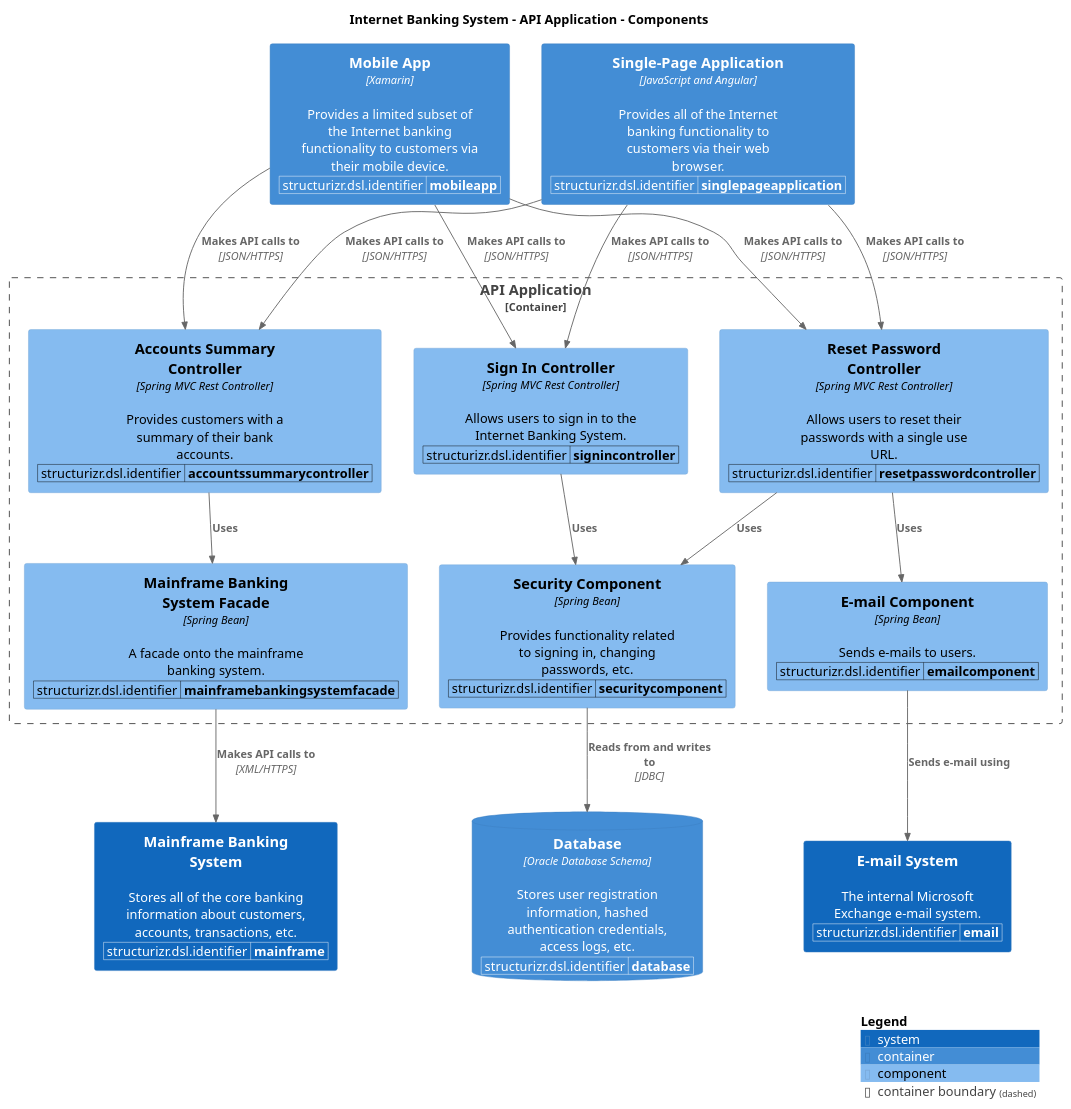
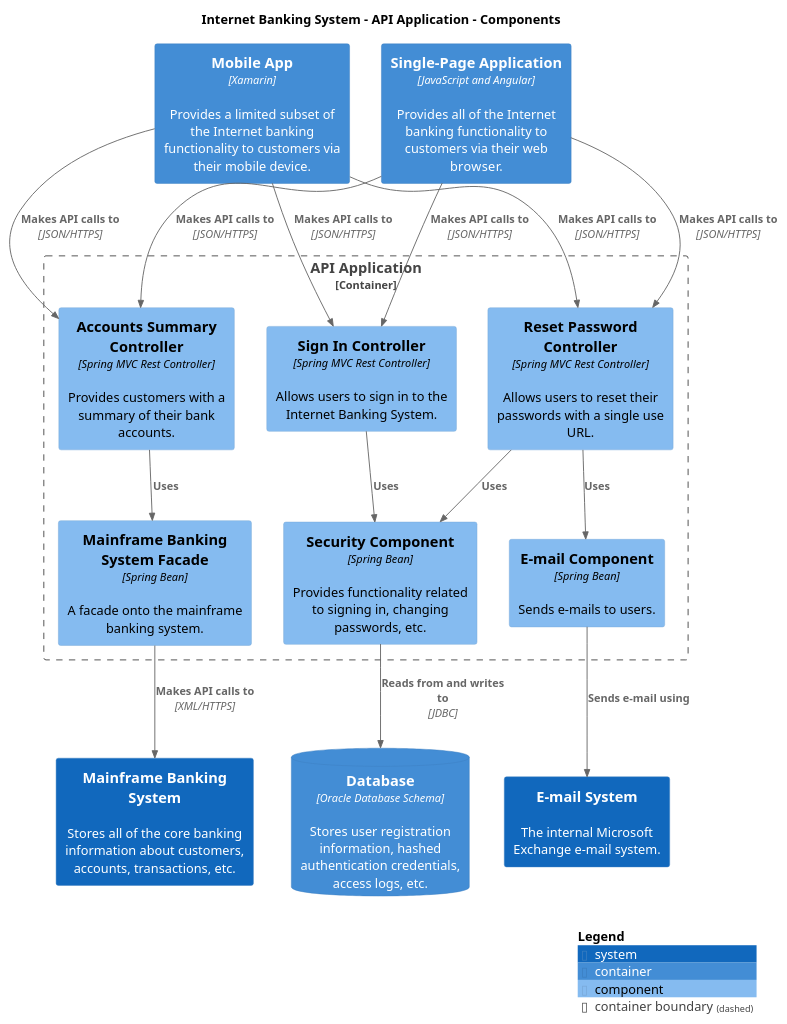
The diagram in puml/Components-Components.puml (avisi-cloud/structurizr-site-generatr), drawn with PlantUML before and after one commit. The commit also changed 76 other files, not shown here.

```diff
--- a/puml/Components-Components.puml
+++ b/puml/Components-Components.puml
@@ -1,66 +1,44 @@
 @startuml
 set separator none
 title Internet Banking System - API Application - Components
 
 top to bottom direction
 
 !include https://raw.githubusercontent.com/plantuml-stdlib/C4-PlantUML/master/C4.puml
 !include https://raw.githubusercontent.com/plantuml-stdlib/C4-PlantUML/master/C4_Context.puml
 !include https://raw.githubusercontent.com/plantuml-stdlib/C4-PlantUML/master/C4_Container.puml
 !include https://raw.githubusercontent.com/plantuml-stdlib/C4-PlantUML/master/C4_Component.puml
 
 skinparam svgDimensionStyle false
 skinparam preserveAspectRatio meet
-WithoutPropertyHeader()
-AddProperty("structurizr.dsl.identifier","mainframe")
 System(MainframeBankingSystem, "Mainframe Banking System", "Stores all of the core banking information about customers, accounts, transactions, etc.", $tags="")[[../../mainframe-banking-system/context/]]
-WithoutPropertyHeader()
-AddProperty("structurizr.dsl.identifier","email")
 System(EmailSystem, "E-mail System", "The internal Microsoft Exchange e-mail system.", $tags="")[[../../e-mail-system/context/]]
-WithoutPropertyHeader()
-AddProperty("structurizr.dsl.identifier","database")
 ContainerDb(InternetBankingSystem.Database, "Database", "Oracle Database Schema", "Stores user registration information, hashed authentication credentials, access logs, etc.", $tags="")
-WithoutPropertyHeader()
-AddProperty("structurizr.dsl.identifier","singlepageapplication")
 Container(InternetBankingSystem.SinglePageApplication, "Single-Page Application", "JavaScript and Angular", "Provides all of the Internet banking functionality to customers via their web browser.", $tags="")
-WithoutPropertyHeader()
-AddProperty("structurizr.dsl.identifier","mobileapp")
 Container(InternetBankingSystem.MobileApp, "Mobile App", "Xamarin", "Provides a limited subset of the Internet banking functionality to customers via their mobile device.", $tags="")
 
 Container_Boundary("InternetBankingSystem.APIApplication_boundary", "API Application", $tags="") {
-  WithoutPropertyHeader()
-  AddProperty("structurizr.dsl.identifier","signincontroller")
   Component(InternetBankingSystem.APIApplication.SignInController, "Sign In Controller", "Spring MVC Rest Controller", "Allows users to sign in to the Internet Banking System.", $tags="")
-  WithoutPropertyHeader()
-  AddProperty("structurizr.dsl.identifier","accountssummarycontroller")
   Component(InternetBankingSystem.APIApplication.AccountsSummaryController, "Accounts Summary Controller", "Spring MVC Rest Controller", "Provides customers with a summary of their bank accounts.", $tags="")
-  WithoutPropertyHeader()
-  AddProperty("structurizr.dsl.identifier","resetpasswordcontroller")
   Component(InternetBankingSystem.APIApplication.ResetPasswordController, "Reset Password Controller", "Spring MVC Rest Controller", "Allows users to reset their passwords with a single use URL.", $tags="")
-  WithoutPropertyHeader()
-  AddProperty("structurizr.dsl.identifier","securitycomponent")
   Component(InternetBankingSystem.APIApplication.SecurityComponent, "Security Component", "Spring Bean", "Provides functionality related to signing in, changing passwords, etc.", $tags="")
-  WithoutPropertyHeader()
-  AddProperty("structurizr.dsl.identifier","mainframebankingsystemfacade")
   Component(InternetBankingSystem.APIApplication.MainframeBankingSystemFacade, "Mainframe Banking System Facade", "Spring Bean", "A facade onto the mainframe banking system.", $tags="")
-  WithoutPropertyHeader()
-  AddProperty("structurizr.dsl.identifier","emailcomponent")
   Component(InternetBankingSystem.APIApplication.EmailComponent, "E-mail Component", "Spring Bean", "Sends e-mails to users.", $tags="")
 }
 
 Rel_D(InternetBankingSystem.SinglePageApplication, InternetBankingSystem.APIApplication.SignInController, "Makes API calls to", "JSON/HTTPS", $tags="")
 Rel_D(InternetBankingSystem.SinglePageApplication, InternetBankingSystem.APIApplication.AccountsSummaryController, "Makes API calls to", "JSON/HTTPS", $tags="")
 Rel_D(InternetBankingSystem.SinglePageApplication, InternetBankingSystem.APIApplication.ResetPasswordController, "Makes API calls to", "JSON/HTTPS", $tags="")
 Rel_D(InternetBankingSystem.MobileApp, InternetBankingSystem.APIApplication.SignInController, "Makes API calls to", "JSON/HTTPS", $tags="")
 Rel_D(InternetBankingSystem.MobileApp, InternetBankingSystem.APIApplication.AccountsSummaryController, "Makes API calls to", "JSON/HTTPS", $tags="")
 Rel_D(InternetBankingSystem.MobileApp, InternetBankingSystem.APIApplication.ResetPasswordController, "Makes API calls to", "JSON/HTTPS", $tags="")
 Rel_D(InternetBankingSystem.APIApplication.SignInController, InternetBankingSystem.APIApplication.SecurityComponent, "Uses", $tags="")
 Rel_D(InternetBankingSystem.APIApplication.AccountsSummaryController, InternetBankingSystem.APIApplication.MainframeBankingSystemFacade, "Uses", $tags="")
 Rel_D(InternetBankingSystem.APIApplication.ResetPasswordController, InternetBankingSystem.APIApplication.SecurityComponent, "Uses", $tags="")
 Rel_D(InternetBankingSystem.APIApplication.ResetPasswordController, InternetBankingSystem.APIApplication.EmailComponent, "Uses", $tags="")
 Rel_D(InternetBankingSystem.APIApplication.SecurityComponent, InternetBankingSystem.Database, "Reads from and writes to", "JDBC", $tags="")
 Rel_D(InternetBankingSystem.APIApplication.MainframeBankingSystemFacade, MainframeBankingSystem, "Makes API calls to", "XML/HTTPS", $tags="")
 Rel_D(InternetBankingSystem.APIApplication.EmailComponent, EmailSystem, "Sends e-mail using", $tags="")
 
 SHOW_LEGEND(true)
 @enduml
```
